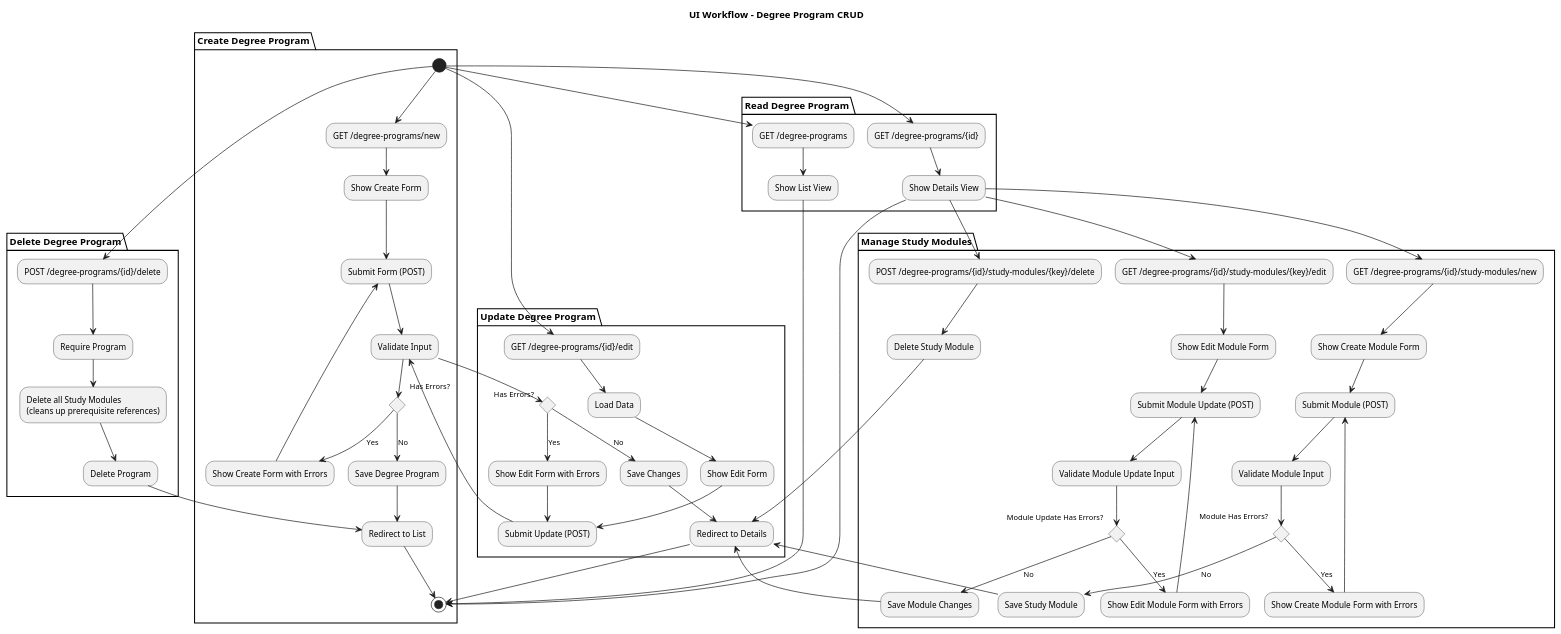
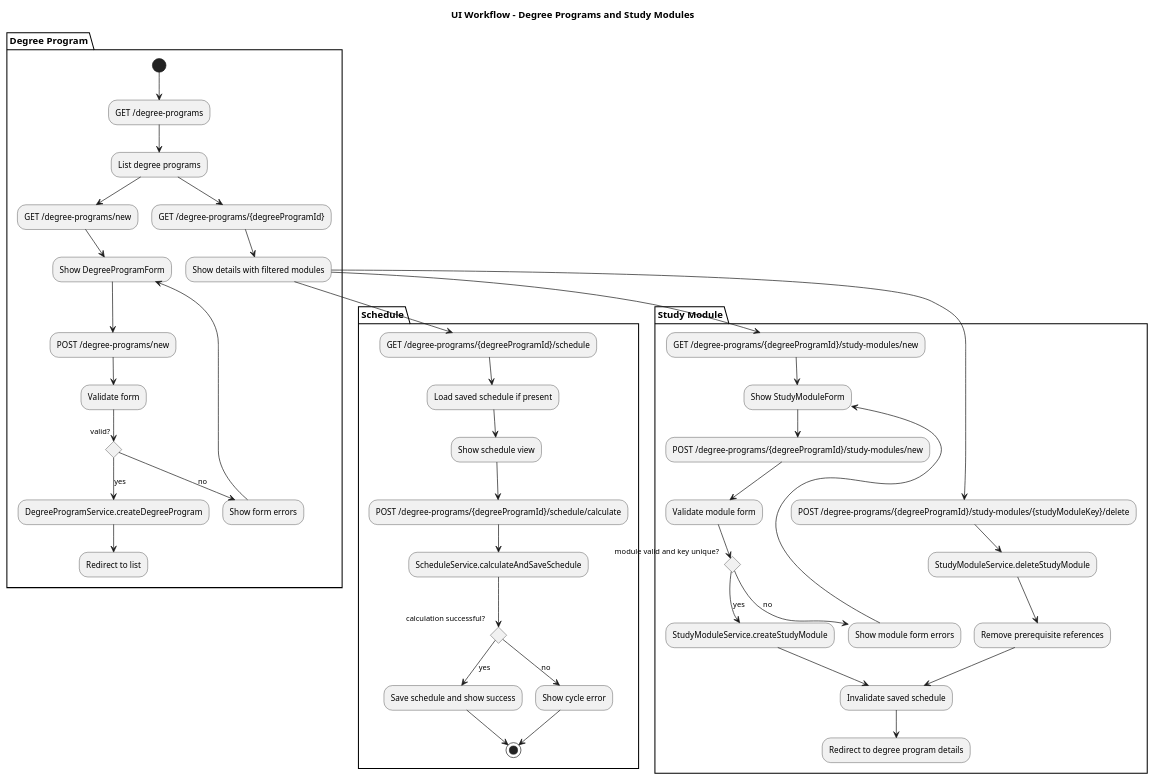
Before and after one commit to Ginimo/Studyplanner: the diagram in docs/diagrams/ui_workflow.puml, drawn with PlantUML. The commit also changed 7 other files, not shown here.

Commit message:
Updated diagrams after consistency check

```diff
--- a/docs/diagrams/ui_workflow.puml
+++ b/docs/diagrams/ui_workflow.puml
@@ -1,84 +1,61 @@
 @startuml
+title UI Workflow - Degree Programs and Study Modules
 skinparam style strictuml
-title UI Workflow - Degree Program CRUD
 
-partition "Create Degree Program" {
-    (*) --> "GET /degree-programs/new"
-    "GET /degree-programs/new" --> "Show Create Form"
-    "Show Create Form" --> "Submit Form (POST)"
-    "Submit Form (POST)" --> "Validate Input"
-    if "Has Errors?" then
-        -->[Yes] "Show Create Form with Errors"
-        "Show Create Form with Errors" --> "Submit Form (POST)"
+partition "Degree Program" {
+    (*) --> "GET /degree-programs"
+    "GET /degree-programs" --> "List degree programs"
+
+    "List degree programs" --> "GET /degree-programs/new"
+    "GET /degree-programs/new" --> "Show DegreeProgramForm"
+    "Show DegreeProgramForm" --> "POST /degree-programs/new"
+    "POST /degree-programs/new" --> "Validate form"
+    if "valid?" then
+        -->[yes] "DegreeProgramService.createDegreeProgram"
+        "DegreeProgramService.createDegreeProgram" --> "Redirect to list"
     else
-        -->[No] "Save Degree Program"
-        "Save Degree Program" --> "Redirect to List"
-        "Redirect to List" --> (*)
+        -->[no] "Show form errors"
+        "Show form errors" --> "Show DegreeProgramForm"
     endif
+
+    "List degree programs" --> "GET /degree-programs/{degreeProgramId}"
+    "GET /degree-programs/{degreeProgramId}" --> "Show details with filtered modules"
 }
 
-partition "Read Degree Program" {
-    (*) --> "GET /degree-programs"
-    "GET /degree-programs" --> "Show List View"
-    "Show List View" --> (*)
-    
-    (*) --> "GET /degree-programs/{id}"
-    "GET /degree-programs/{id}" --> "Show Details View"
-    "Show Details View" --> (*)
+partition "Study Module" {
+    "Show details with filtered modules" --> "GET /degree-programs/{degreeProgramId}/study-modules/new"
+    "GET /degree-programs/{degreeProgramId}/study-modules/new" --> "Show StudyModuleForm"
+    "Show StudyModuleForm" --> "POST /degree-programs/{degreeProgramId}/study-modules/new"
+    "POST /degree-programs/{degreeProgramId}/study-modules/new" --> "Validate module form"
+    if "module valid and key unique?" then
+        -->[yes] "StudyModuleService.createStudyModule"
+        "StudyModuleService.createStudyModule" --> "Invalidate saved schedule"
+        "Invalidate saved schedule" --> "Redirect to degree program details"
+    else
+        -->[no] "Show module form errors"
+        "Show module form errors" --> "Show StudyModuleForm"
+    endif
+
+    "Show details with filtered modules" --> "POST /degree-programs/{degreeProgramId}/study-modules/{studyModuleKey}/delete"
+    "POST /degree-programs/{degreeProgramId}/study-modules/{studyModuleKey}/delete" --> "StudyModuleService.deleteStudyModule"
+    "StudyModuleService.deleteStudyModule" --> "Remove prerequisite references"
+    "Remove prerequisite references" --> "Invalidate saved schedule"
 }
 
-partition "Update Degree Program" {
-    (*) --> "GET /degree-programs/{id}/edit"
-    "GET /degree-programs/{id}/edit" --> "Load Data"
-    "Load Data" --> "Show Edit Form"
-    "Show Edit Form" --> "Submit Update (POST)"
-    "Submit Update (POST)" --> "Validate Input"
-    if "Has Errors?" then
-        -->[Yes] "Show Edit Form with Errors"
-        "Show Edit Form with Errors" --> "Submit Update (POST)"
+partition "Schedule" {
+    "Show details with filtered modules" --> "GET /degree-programs/{degreeProgramId}/schedule"
+    "GET /degree-programs/{degreeProgramId}/schedule" --> "Load saved schedule if present"
+    "Load saved schedule if present" --> "Show schedule view"
+
+    "Show schedule view" --> "POST /degree-programs/{degreeProgramId}/schedule/calculate"
+    "POST /degree-programs/{degreeProgramId}/schedule/calculate" --> "ScheduleService.calculateAndSaveSchedule"
+    if "calculation successful?" then
+        -->[yes] "Save schedule and show success"
     else
-        -->[No] "Save Changes"
-        "Save Changes" --> "Redirect to Details"
-        "Redirect to Details" --> (*)
+        -->[no] "Show cycle error"
     endif
-}
-
-partition "Delete Degree Program" {
-    (*) --> "POST /degree-programs/{id}/delete"
-    "POST /degree-programs/{id}/delete" --> "Require Program"
-    "Require Program" --> "Delete all Study Modules\n(cleans up prerequisite references)"
-    "Delete all Study Modules\n(cleans up prerequisite references)" --> "Delete Program"
-    "Delete Program" --> "Redirect to List"
-}
-
-partition "Manage Study Modules" {
-    "Show Details View" --> "GET /degree-programs/{id}/study-modules/new"
-    "GET /degree-programs/{id}/study-modules/new" --> "Show Create Module Form"
-    "Show Create Module Form" --> "Submit Module (POST)"
-    "Submit Module (POST)" --> "Validate Module Input"
-    if "Module Has Errors?" then
-        -->[Yes] "Show Create Module Form with Errors"
-        "Show Create Module Form with Errors" --> "Submit Module (POST)"
-    else
-        -->[No] "Save Study Module"
-        "Save Study Module" --> "Redirect to Details"
-    endif
-
-    "Show Details View" --> "GET /degree-programs/{id}/study-modules/{key}/edit"
-    "GET /degree-programs/{id}/study-modules/{key}/edit" --> "Show Edit Module Form"
-    "Show Edit Module Form" --> "Submit Module Update (POST)"
-    "Submit Module Update (POST)" --> "Validate Module Update Input"
-    if "Module Update Has Errors?" then
-        -->[Yes] "Show Edit Module Form with Errors"
-        "Show Edit Module Form with Errors" --> "Submit Module Update (POST)"
-    else
-        -->[No] "Save Module Changes"
-        "Save Module Changes" --> "Redirect to Details"
-    endif
-
-    "Show Details View" --> "POST /degree-programs/{id}/study-modules/{key}/delete"
-    "POST /degree-programs/{id}/study-modules/{key}/delete" --> "Delete Study Module"
-    "Delete Study Module" --> "Redirect to Details"
+    "Save schedule and show success" --> (*)
+    "Show cycle error" --> (*)
 }
 
 @enduml
```
